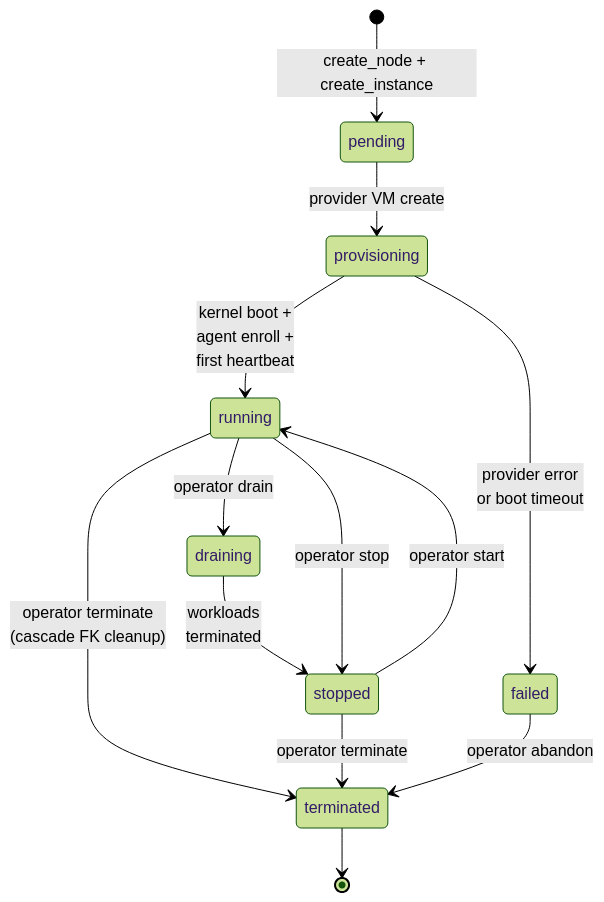
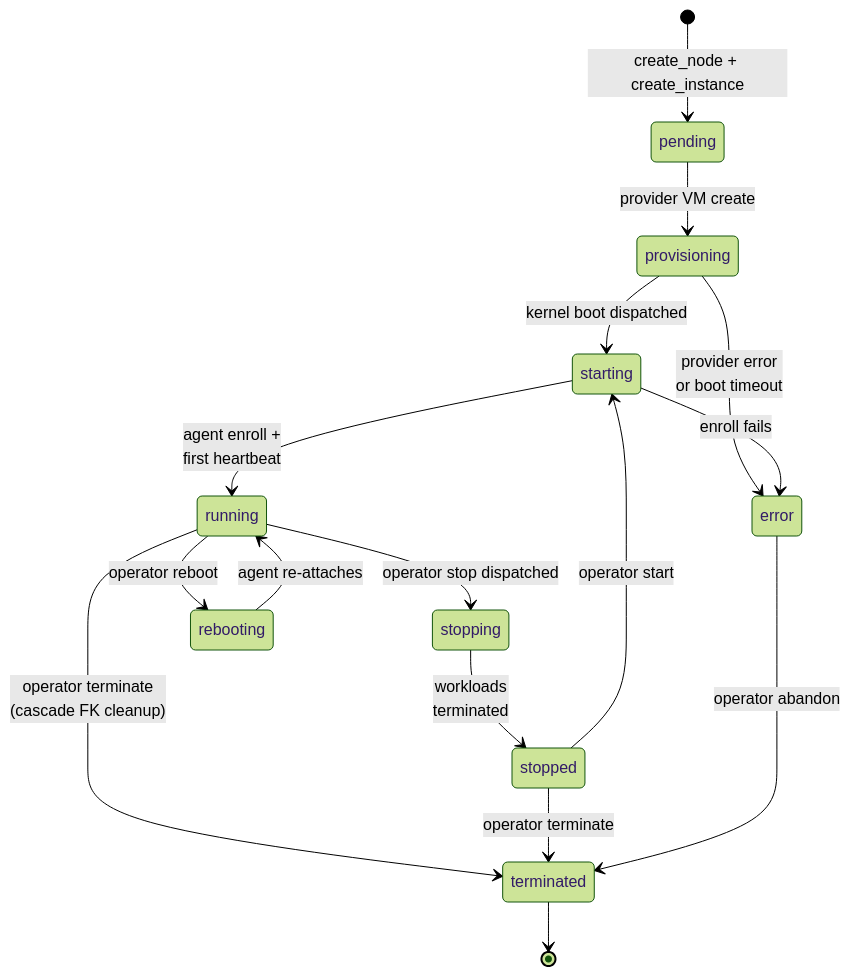
One commit to nodealchemy/powernode-system changed the fourth of 7 diagrams in docs/ARCHITECTURE.md. Above: the diagram before and after it, drawn with Mermaid (forest theme). The commit also changed other lines of this file and 9 other files, not shown here.

````diff
--- a/docs/ARCHITECTURE.md
+++ b/docs/ARCHITECTURE.md
@@ -180,15 +180,18 @@
 ```mermaid
 stateDiagram-v2
     [*] --> pending: create_node + create_instance
     pending --> provisioning: provider VM create
-    provisioning --> running: kernel boot +<br/>agent enroll +<br/>first heartbeat
-    provisioning --> failed: provider error<br/>or boot timeout
-    running --> draining: operator drain
-    draining --> stopped: workloads<br/>terminated
-    running --> stopped: operator stop
-    stopped --> running: operator start
+    provisioning --> starting: kernel boot dispatched
+    starting --> running: agent enroll +<br/>first heartbeat
+    provisioning --> error: provider error<br/>or boot timeout
+    starting --> error: enroll fails
+    running --> stopping: operator stop dispatched
+    stopping --> stopped: workloads<br/>terminated
+    running --> rebooting: operator reboot
+    rebooting --> running: agent re-attaches
+    stopped --> starting: operator start
     running --> terminated: operator terminate<br/>(cascade FK cleanup)
     stopped --> terminated: operator terminate
-    failed --> terminated: operator abandon
+    error --> terminated: operator abandon
     terminated --> [*]
 ```
````
